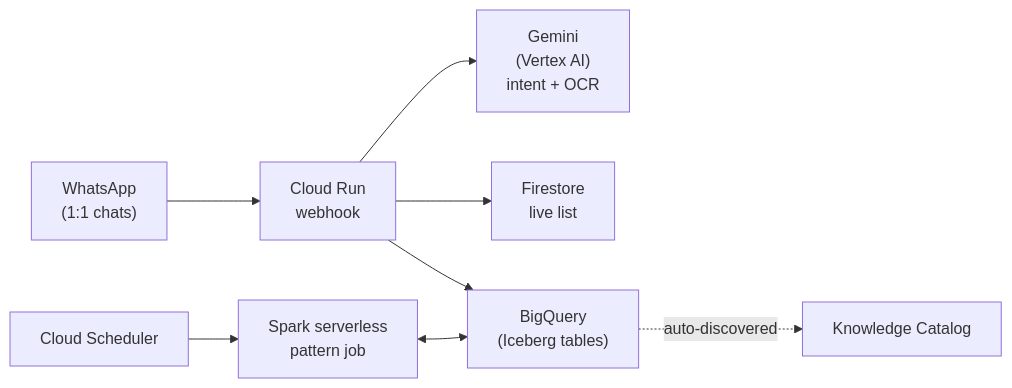
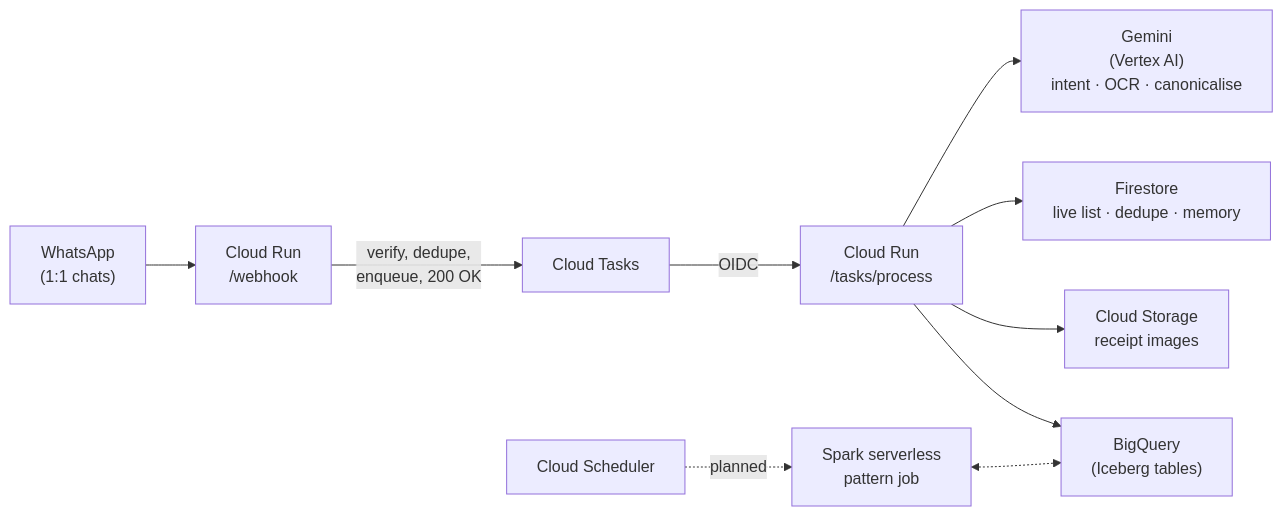
The diagram in README.md (hugozanini/nano), drawn with Mermaid before and after one commit. The commit also changed other lines of this file and 6 other files, not shown here.

````diff
--- a/README.md
+++ b/README.md
@@ -18,10 +29,12 @@
 ```mermaid
 flowchart LR
-    WA["WhatsApp\n(1:1 chats)"] --> CR["Cloud Run\nwebhook"]
-    CR --> GM["Gemini\n(Vertex AI)\nintent + OCR"]
-    CR --> FS["Firestore\nlive list"]
-    CR --> BQ["BigQuery\n(Iceberg tables)"]
-    SCH["Cloud Scheduler"] --> SP["Spark serverless\npattern job"]
-    SP <--> BQ
-    BQ -.auto-discovered.-> KC["Knowledge Catalog"]
+    WA["WhatsApp<br/>(1:1 chats)"] --> CR["Cloud Run<br/>/webhook"]
+    CR -- "verify, dedupe,<br/>enqueue, 200 OK" --> CT["Cloud Tasks"]
+    CT -- "OIDC" --> PR["Cloud Run<br/>/tasks/process"]
+    PR --> GM["Gemini<br/>(Vertex AI)<br/>intent · OCR · canonicalise"]
+    PR --> FS["Firestore<br/>live list · dedupe · memory"]
+    PR --> GCS["Cloud Storage<br/>receipt images"]
+    PR --> BQ["BigQuery<br/>(Iceberg tables)"]
+    SCH["Cloud Scheduler"] -.planned.-> SP["Spark serverless<br/>pattern job"]
+    SP <-.-> BQ
 ```
````
